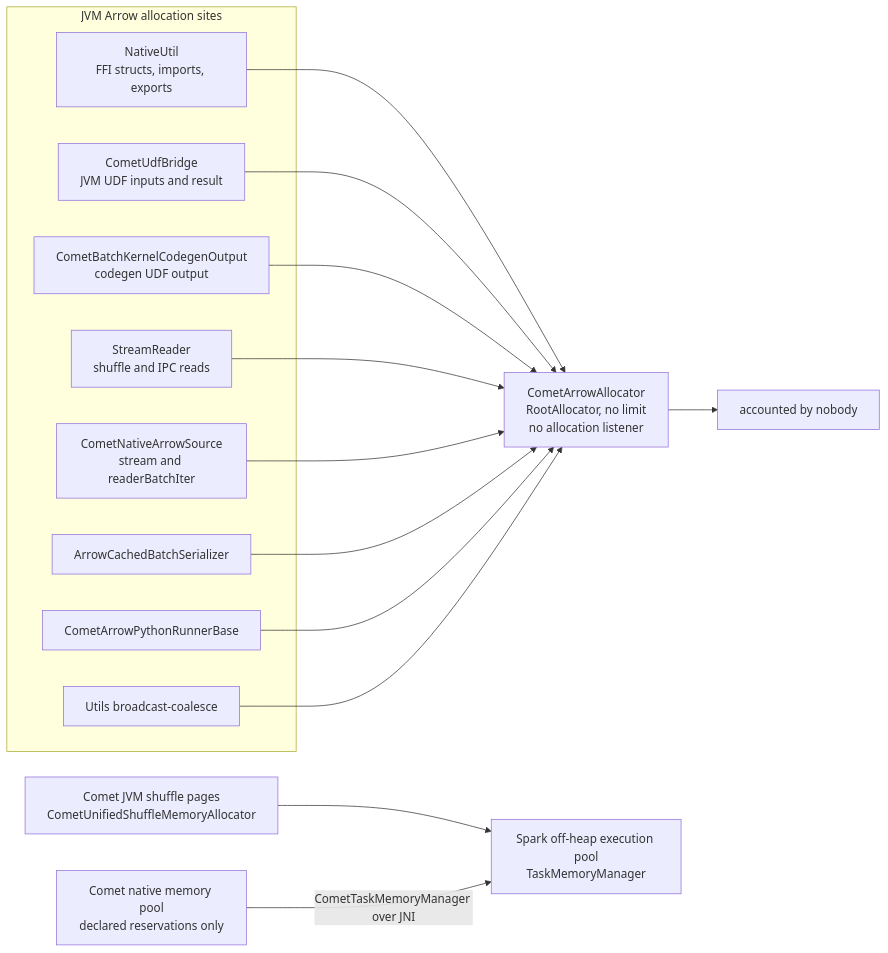
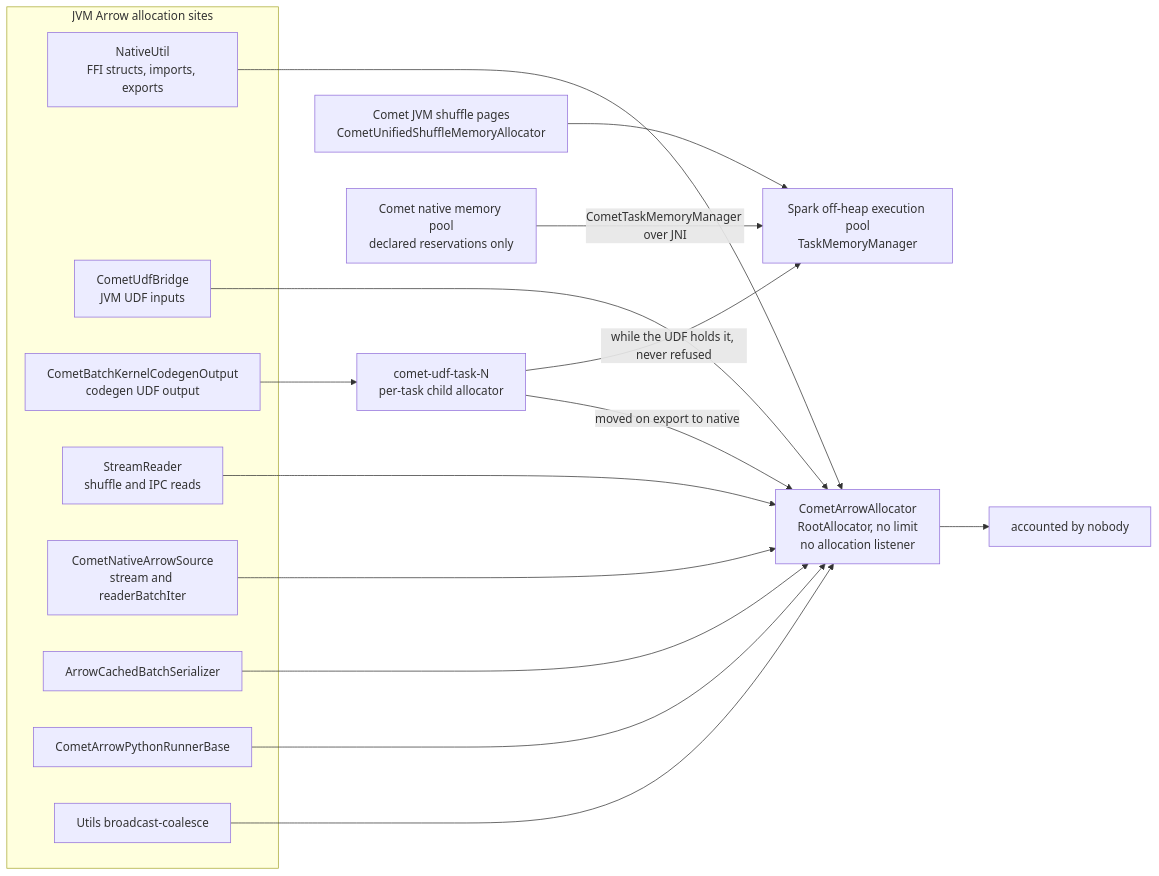
One commit to apache/datafusion-comet changed the first of 2 diagrams in docs/source/contributor-guide/memory_management.md. Above: the diagram before and after it, drawn with Mermaid. The commit also changed other lines of this file and 6 other files, not shown here.

````diff
--- a/docs/source/contributor-guide/memory_management.md
+++ b/docs/source/contributor-guide/memory_management.md
@@ -133,31 +147,34 @@
 ```mermaid
 flowchart LR
   subgraph SITES["JVM Arrow allocation sites"]
     NU["NativeUtil<br>FFI structs, imports, exports"]
-    UDF["CometUdfBridge<br>JVM UDF inputs and result"]
+    UDF["CometUdfBridge<br>JVM UDF inputs"]
     CGO["CometBatchKernelCodegenOutput<br>codegen UDF output"]
     SR["StreamReader<br>shuffle and IPC reads"]
     NAS["CometNativeArrowSource<br>stream and readerBatchIter"]
     CACHE["ArrowCachedBatchSerializer"]
     PY["CometArrowPythonRunnerBase"]
     BC["Utils broadcast-coalesce"]
   end
 
   ROOT["CometArrowAllocator<br>RootAllocator, no limit<br>no allocation listener"]
+  UDFT["comet-udf-task-N<br>per-task child allocator"]
   SHUF["Comet JVM shuffle pages<br>CometUnifiedShuffleMemoryAllocator"]
   NPOOL["Comet native memory pool<br>declared reservations only"]
   TMM["Spark off-heap execution pool<br>TaskMemoryManager"]
   NOBODY["accounted by nobody"]
 
   NU --> ROOT
   UDF --> ROOT
-  CGO --> ROOT
+  CGO --> UDFT
+  UDFT -->|"while the UDF holds it, never refused"| TMM
+  UDFT -->|"moved on export to native"| ROOT
   SR --> ROOT
   NAS --> ROOT
   CACHE --> ROOT
   PY --> ROOT
   BC --> ROOT
   ROOT --> NOBODY
   SHUF --> TMM
   NPOOL -->|"CometTaskMemoryManager over JNI"| TMM
 ```
````
